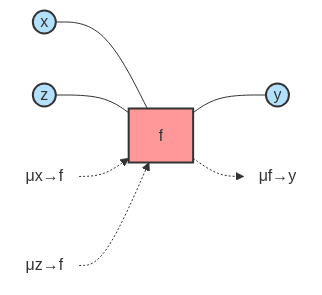
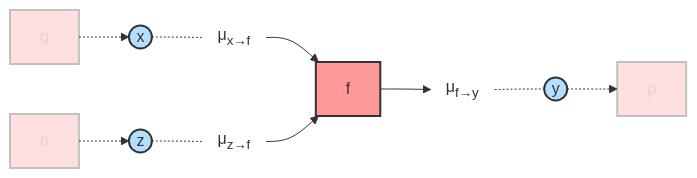
Before and after one commit to ReactiveBayes/RxInfer.jl: the diagram in docs/src/manuals/sharpbits/rule-not-found.md, drawn with Mermaid. The commit also changed other lines of this file, not shown here.

Commit message:
add mermaid explanation

````diff
--- a/docs/src/manuals/sharpbits/rule-not-found.md
+++ b/docs/src/manuals/sharpbits/rule-not-found.md
@@ -51,19 +51,22 @@
 ```mermaid
 graph LR
-    x((x)) --- f[f] --- y((y))
-    z((z)) --- f
+    %% Other parts of the graph
+    g1[g] -.-> x
+    h1[h] -.-> z
+    y -.-> g2[p]
+    
+    %% Main focus area
+    x((x)) -.- m1[["μ<sub>x→f</sub>"]] --> f[f]
+    f --> m2[["μ<sub>f→y</sub>"]] -.- y((y))
+    z((z)) -.- m3[["μ<sub>z→f</sub>"]] --> f
 
+    %% Styling
     classDef variable fill:#b3e0ff,stroke:#333,stroke-width:2px;
-    classDef factor fill:#ff9999,stroke:#333,stroke-width:2px;
+    classDef factor fill:#ff9999,stroke:#333,stroke-width:2px,shape:square;
+    classDef otherFactor fill:#ff9999,stroke:#333,stroke-width:2px,opacity:0.3;
+    classDef message fill:none,stroke:none;
     class x,y,z variable;
     class f factor;
-
-    %% Add message arrows
-    m1[["μx→f"]] -.-> f
-    f -.-> m2[["μf→y"]]
-    m3[["μz→f"]] -.-> f
-
-    style m1 fill:none,stroke:none
-    style m2 fill:none,stroke:none
-    style m3 fill:none,stroke:none
+    class g1,g2,h1 otherFactor;
+    class m1,m2,m3 message;
 ```
````
